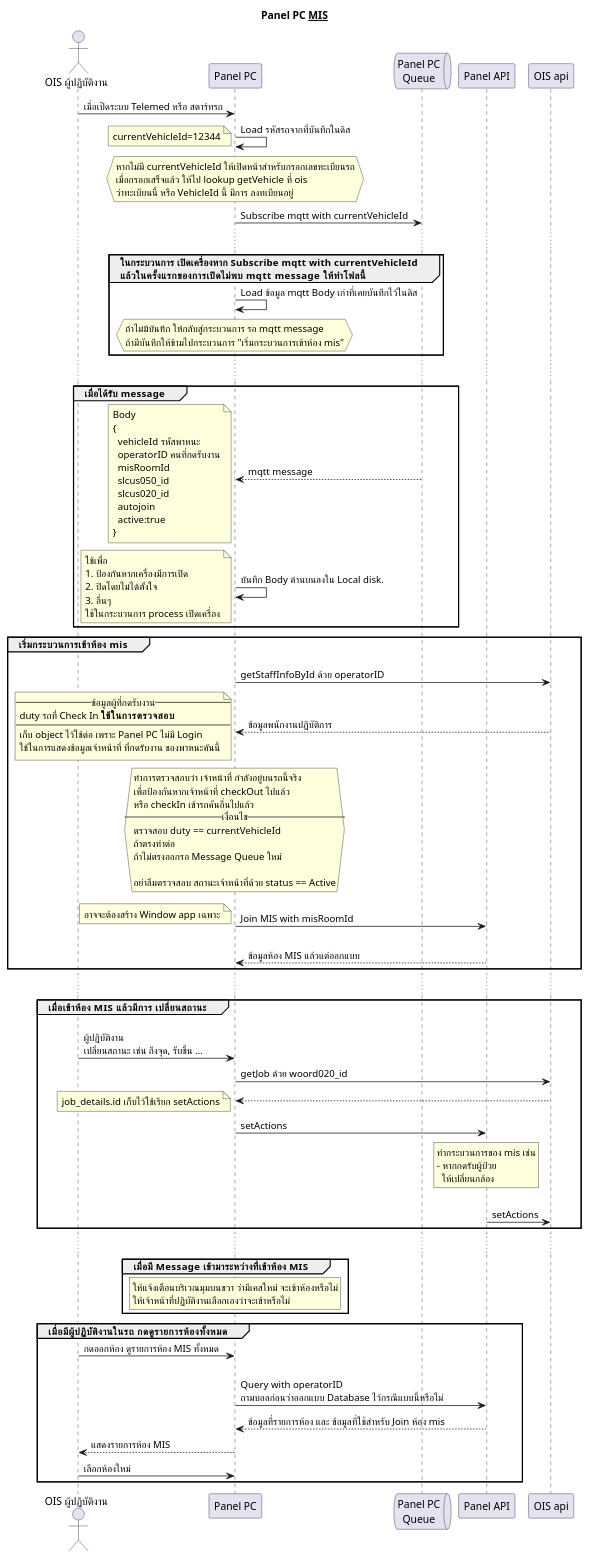
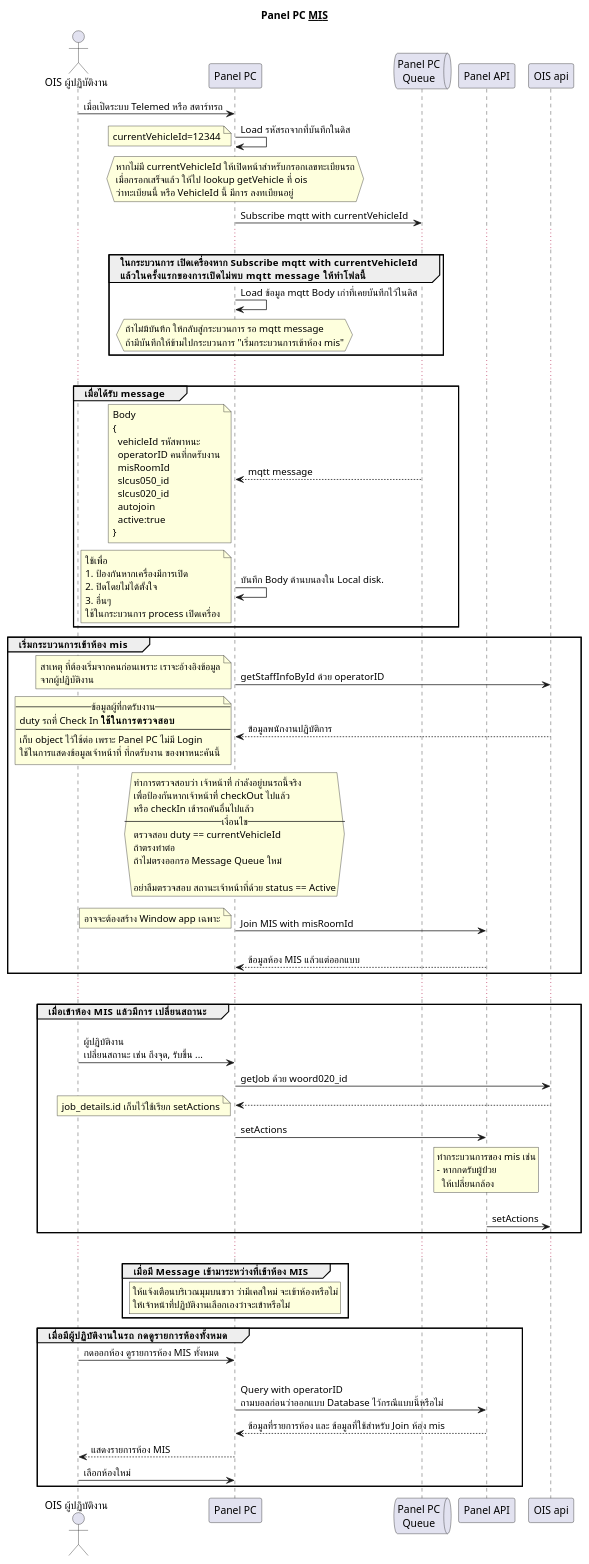
The diagram in uml/new_panelpc_startup.plantuml (lionants02/mis-api-doc), drawn with PlantUML before and after one commit.

```diff
--- a/uml/new_panelpc_startup.plantuml
+++ b/uml/new_panelpc_startup.plantuml
@@ -1,127 +1,131 @@
 @startuml
 Title Panel PC __MIS__
   actor "OIS ผู้ปฏิบัติงาน" as OIS
   OIS -> "Panel PC" :เมื่อเปิดระบบ Telemed หรือ สตาร์ทรถ
   "Panel PC" -> "Panel PC": Load รหัสรถจากที่บันทึกในดิส
   note left
     currentVehicleId=12344
   end note
   hnote over "Panel PC"
     หากไม่มี currentVehicleId ให้เปิดหน้าสำหรับกรอกเลขทะเบียนรถ
     เมื่อกรอกเสร็จแล้ว ให้ไป lookup getVehicle ที่ ois
     ว่าทะเบียนนี้ หรือ VehicleId นี้ มีการ ลงทเบียนอยู่
   end note
 
   queue "Panel PC\nQueue" as panelq
   "Panel PC" -> panelq : Subscribe mqtt with currentVehicleId
 
   ...
 
   group ในกระบวนการ เปิดเครื่องหาก Subscribe mqtt with currentVehicleId\nแล้วในครั้งแรกของการเปิดไม่พบ mqtt message ให้ทำโฟลนี้
 
     "Panel PC" -> "Panel PC": Load ข้อมูล mqtt Body เก่าที่เคยบันทึกไว้ในดิส
     hnote over "Panel PC"
       ถ้าไม่มีบันทึก ให้กลับสู่กระบวนการ รอ mqtt message
       ถ้ามีบันทึกให้ข้ามไปกระบวนการ "เริ่มกระบวนการเข้าห้อง mis"
     end note
 
   end
 
 
   ...
   group เมื่อได้รับ message
     "Panel PC" <-- panelq : mqtt message
     note left
       Body
       {
         vehicleId รหัสพาหนะ
         operatorID คนที่กดรับงาน
         misRoomId
         slcus050_id
         slcus020_id
         autojoin
         active:true
       }
     endnote
 
     "Panel PC" -> "Panel PC": บันทึก Body ด้านบนลงใน Local disk.
     note left
       ใช้เพื่อ
       # ป้องกันหากเครื่องมีการเปิด
       # ปิดโดยไม่ได้ตั้งใจ
       # อื่นๆ
       ใช้ในกระบวนการ process เปิดเครื่อง
     end note
   end
 
   group เริ่มกระบวนการเข้าห้อง mis
     participant "Panel API"
     participant "OIS api"
     "Panel PC" -> "OIS api" : \ngetStaffInfoById ด้วย operatorID
+    note left
+      สาเหตุ ที่ต้องเริ่มจากคนก่อนเพราะ เราจะอ้างอิงข้อมูล
+      จากผู้ปฏิบัติงาน
+    end note
     "Panel PC" <-- "OIS api": ข้อมูลพนักงานปฏิบัติการ
     note left
       --ข้อมูลผู้ที่กดรับงาน--
       duty รถที่ Check In **ใช้ในการตรวจสอบ**
       ---
       เก็บ object ไว้ใช้ต่อ เพราะ Panel PC ไม่มี Login
       ใช้ในการแสดงข้อมูลเจ้าหน้าที่ ที่กดรับงาน ของพาหนะคันนี้
     end note
 
     hnote over "Panel PC"
       ทำการตรวจสอบว่า เจ้าหน้าที่ กำลังอยู่บนรถนี้จริง
       เพื่อป้องกันหากเจ้าหน้าที่ checkOut ไปแล้ว
       หรือ checkIn เข้ารถคันอื่นไปแล้ว
       --เงื่อนไข--
       ตรวจสอบ duty == currentVehicleId
       ถ้าตรงทำต่อ
       ถ้าไม่ตรงออกรอ Message Queue ใหม่
 
       อย่าลืมตรวจสอบ สถานะเจ้าหน้าที่ด้วย status == Active
     end note
 
     "Panel PC" -> "Panel API" : \nJoin MIS with misRoomId
     note left
       อาจจะต้องสร้าง Window app เฉพาะ
     end note
     "Panel PC" <-- "Panel API": \nข้อมูลห้อง MIS แล้วแต่ออกแบบ
   end
   ...
 
   group เมื่อเข้าห้อง MIS แล้วมีการ เปลี่ยนสถานะ
 
       OIS -> "Panel PC" : \nผู้ปฏิบัติงาน\nเปลี่ยนสถานะ เช่น ถึงจุด, รับขึ้น ...
       "Panel PC" -> "OIS api" :getJob ด้วย woord020_id
       "Panel PC" <-- "OIS api":
       note left
         job_details.id เก็บไว้ใช้เรียก setActions
       end note
 
       "Panel PC" -> "Panel API": setActions
       rnote over "Panel API"
         ทำกระบวนการของ mis เช่น
         - หากกดรับผู้ป่วย
           ให้เปลี่ยนกล้อง
       end note
 
       "Panel API" -> "OIS api": \nsetActions
 
     end
     ...
 
     group เมื่อมี Message เข้ามาระหว่างที่เข้าห้อง MIS
       rnote over "Panel PC"
         ให้แจ้งเตือนบริเวณมุมบนขวา ว่ามีเคสใหม่ จะเข้าห้องหรือไม่
         ให้เจ้าหน้าที่ปฏิบัติงานเลือกเองว่าจะเข้าหรือไม่
       end note
     end
 
     group เมื่อมีผู้ปฏิบัติงานในรถ กดดูรายการห้องทั้งหมด
       OIS -> "Panel PC" : กดออกห้อง ดูรายการห้อง MIS ทั้งหมด
       "Panel PC" -> "Panel API" : \nQuery with operatorID\nถามบอลก่อนว่าออกแบบ Database ไว้กรณีแบบนี้หรือไม่
       "Panel PC" <-- "Panel API": ข้อมูลที่รายการห้อง และ ข้อมูลที่ใช้สำหรับ Join ห้อง mis
       OIS <--"Panel PC" : แสดงรายการห้อง MIS
 
       OIS -> "Panel PC" : เลือกห้องใหม่
     end
 
 @enduml
```
